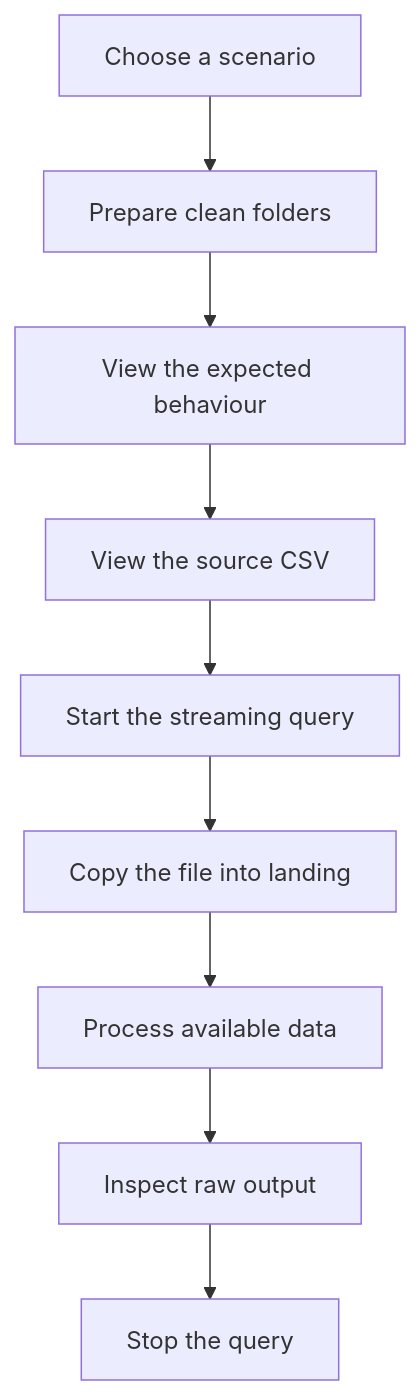
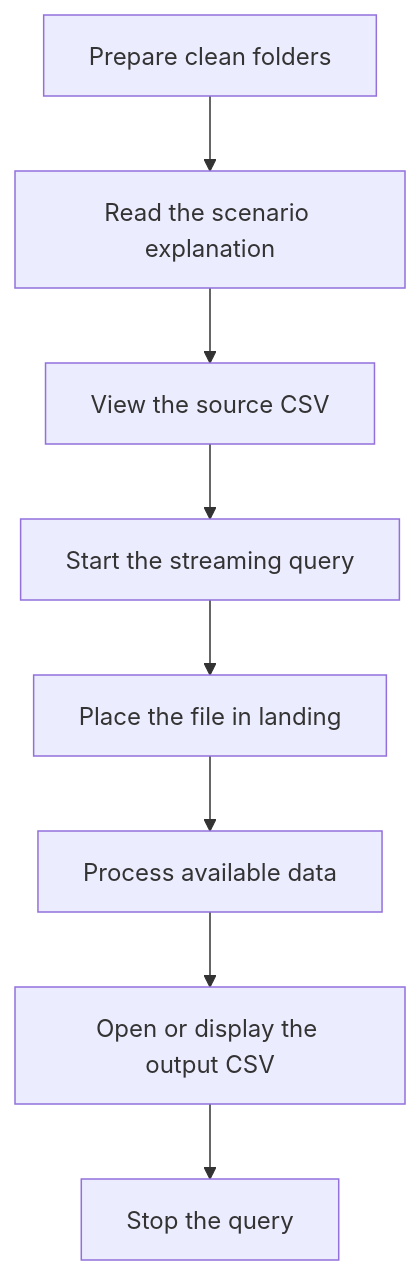
One commit to tg117official/databricks-hands-on-tg117-pst changed the third of 15 diagrams in 03_file_based_ingestion/session_4/customer_schema_evolution/customer_schema_evolution_notes.md. Above: the diagram before and after it, drawn with Mermaid. The commit also changed other lines of this file and 4 other files, not shown here.

Commit message:
added schema evolution scenarios problem solution approach

````diff
--- a/03_file_based_ingestion/session_4/customer_schema_evolution/customer_schema_evolution_notes.md
+++ b/03_file_based_ingestion/session_4/customer_schema_evolution/customer_schema_evolution_notes.md
@@ -314,11 +188,10 @@
 ```mermaid
 flowchart TD
-    A[Choose a scenario] --> B[Prepare clean folders]
-    B --> C[View the expected behaviour]
-    C --> D[View the source CSV]
-    D --> E[Start the streaming query]
-    E --> F[Copy the file into landing]
-    F --> G[Process available data]
-    G --> H[Inspect raw output]
-    H --> I[Stop the query]
+    A[Prepare clean folders] --> B[Read the scenario explanation]
+    B --> C[View the source CSV]
+    C --> D[Start the streaming query]
+    D --> E[Place the file in landing]
+    E --> F[Process available data]
+    F --> G[Open or display the output CSV]
+    G --> H[Stop the query]
 ```
````
